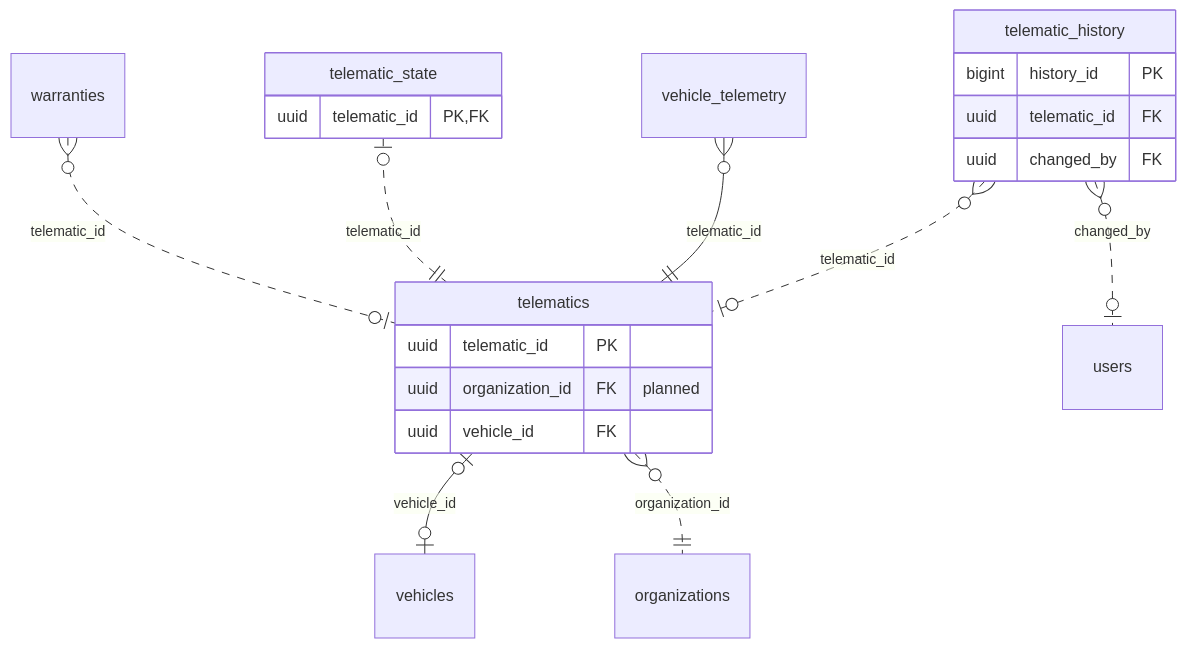
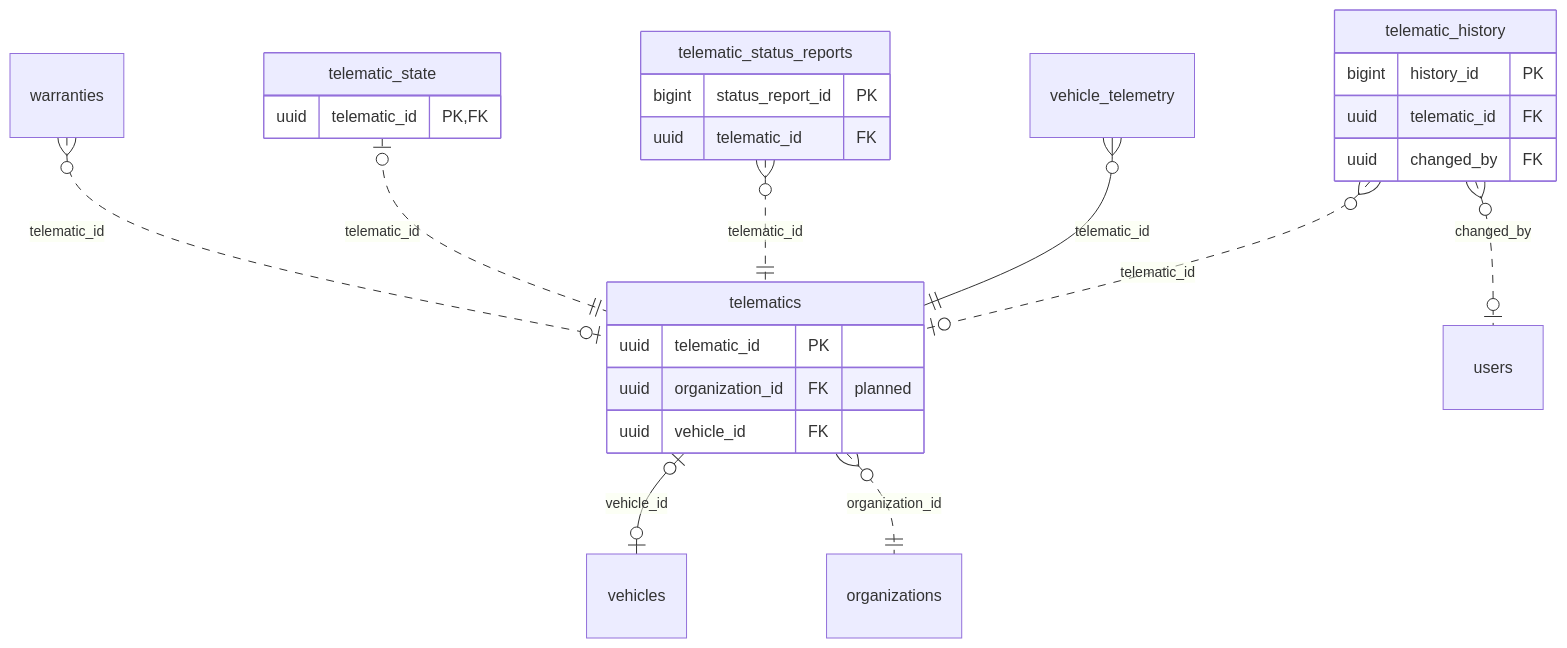
One commit to yolo-coccoc/G3Network-app changed the diagram in docs/design/domain-model/domains/telematics.md. Above: the diagram before and after it, drawn with Mermaid. The commit also changed other lines of this file and 18 other files, not shown here.

First line of the commit message:
docs(domain-model): keep every T-Box status report

````diff
--- a/docs/design/domain-model/domains/telematics.md
+++ b/docs/design/domain-model/domains/telematics.md
@@ -16,23 +16,28 @@
 ```mermaid
 erDiagram
   telematics {
     uuid telematic_id PK
     uuid organization_id FK "planned"
     uuid vehicle_id FK
   }
   telematic_history {
     bigint history_id PK
     uuid telematic_id FK
     uuid changed_by FK
   }
   telematic_state {
     uuid telematic_id PK, FK
   }
+  telematic_status_reports {
+    bigint status_report_id PK
+    uuid telematic_id FK
+  }
   warranties }o..o| telematics : "telematic_id"
   telematics |o--o| vehicles : "vehicle_id"
   telematics }o..|| organizations : "organization_id"
   telematic_state |o..|| telematics : "telematic_id"
+  telematic_status_reports }o..|| telematics : "telematic_id"
   vehicle_telemetry }o--|| telematics : "telematic_id"
   telematic_history }o..o| telematics : "telematic_id"
   telematic_history }o..o| users : "changed_by"
 ```
````
